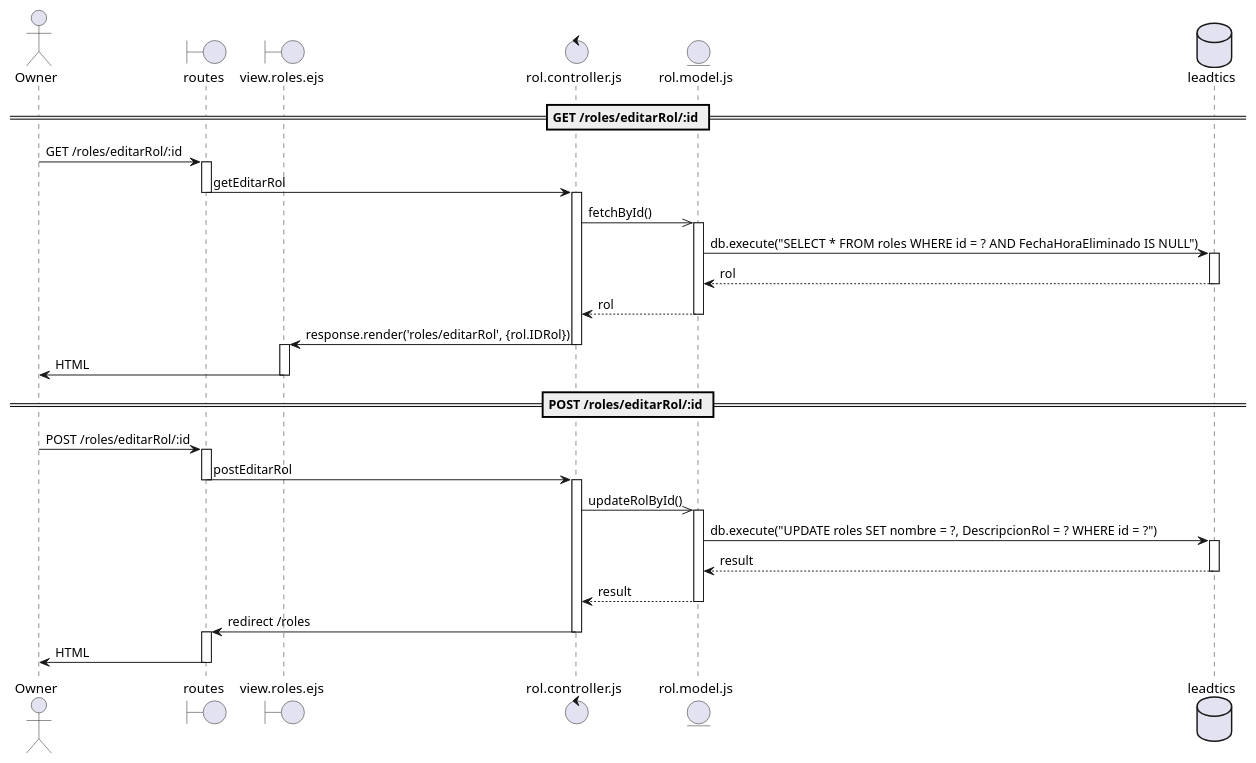
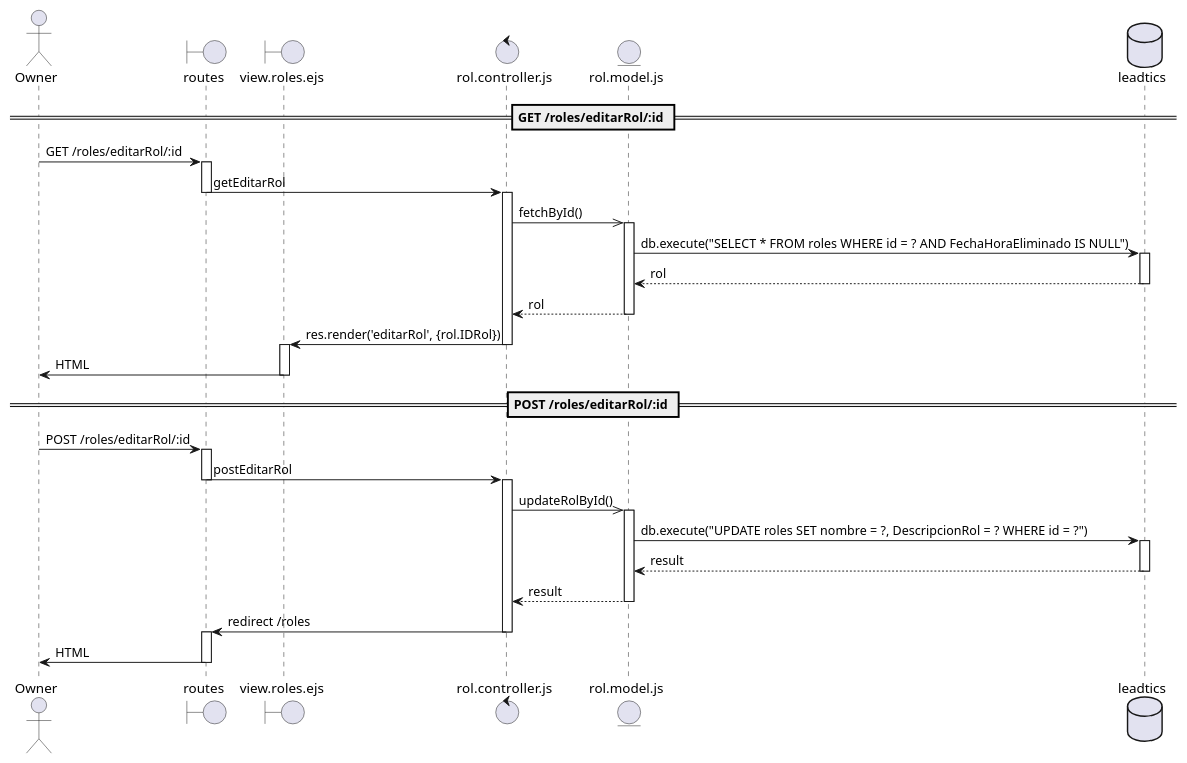
Before and after one commit to DiegoGarciaPadilla/TC2005B-Leadsales: the diagram in docs/DiagramasSecuencia/CU15.wsd, drawn with PlantUML. The commit also changed 1 other file, not shown here.

Commit message:
feat(CU17.wsd): upload sequence diagram

```diff
--- a/docs/DiagramasSecuencia/CU15.wsd
+++ b/docs/DiagramasSecuencia/CU15.wsd
@@ -1,66 +1,66 @@
 @startuml CU15
 
 actor Owner
 boundary routes
 boundary view.roles.ejs
 control rol.controller.js
 entity rol.model.js
 database leadtics
 
 == GET /roles/editarRol/:id ==
 
 Owner -> routes : GET /roles/editarRol/:id
 activate routes
 
 routes -> rol.controller.js : getEditarRol
 deactivate routes
 activate rol.controller.js
 
 rol.controller.js ->> rol.model.js : fetchById()
 activate rol.model.js
 
 rol.model.js -> leadtics : db.execute("SELECT * FROM roles WHERE id = ? AND FechaHoraEliminado IS NULL")
 activate leadtics
 
 leadtics --> rol.model.js : rol
 deactivate leadtics
 
 rol.model.js --> rol.controller.js :rol
 deactivate rol.model.js
 
-rol.controller.js -> view.roles.ejs : response.render('roles/editarRol', {rol.IDRol})
+rol.controller.js -> view.roles.ejs : res.render('editarRol', {rol.IDRol})
 deactivate rol.controller.js
 activate view.roles.ejs
 
 view.roles.ejs -> Owner : HTML
 deactivate view.roles.ejs
 
 == POST /roles/editarRol/:id ==
 
 Owner -> routes : POST /roles/editarRol/:id
 activate routes
 
 routes -> rol.controller.js : postEditarRol
 deactivate routes
 activate rol.controller.js
 
 rol.controller.js ->> rol.model.js : updateRolById()
 activate rol.model.js
 
 rol.model.js -> leadtics : db.execute("UPDATE roles SET nombre = ?, DescripcionRol = ? WHERE id = ?")
 activate leadtics
 
 leadtics --> rol.model.js : result
 deactivate leadtics
 
 rol.model.js --> rol.controller.js : result
 deactivate rol.model.js
 
 rol.controller.js -> routes : redirect /roles
 deactivate rol.controller.js
 activate routes
 
 routes -> Owner : HTML
 deactivate routes
 
 @enduml
```
